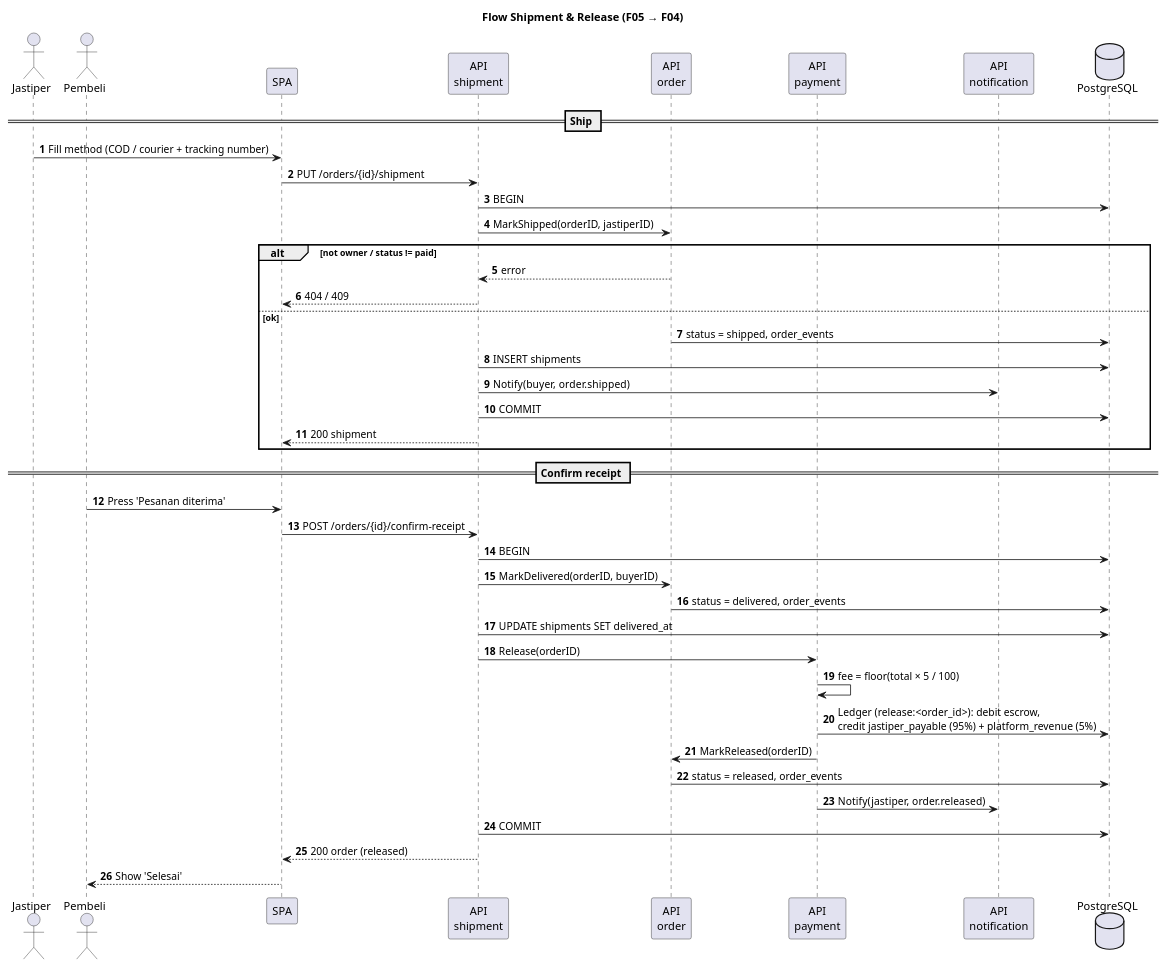
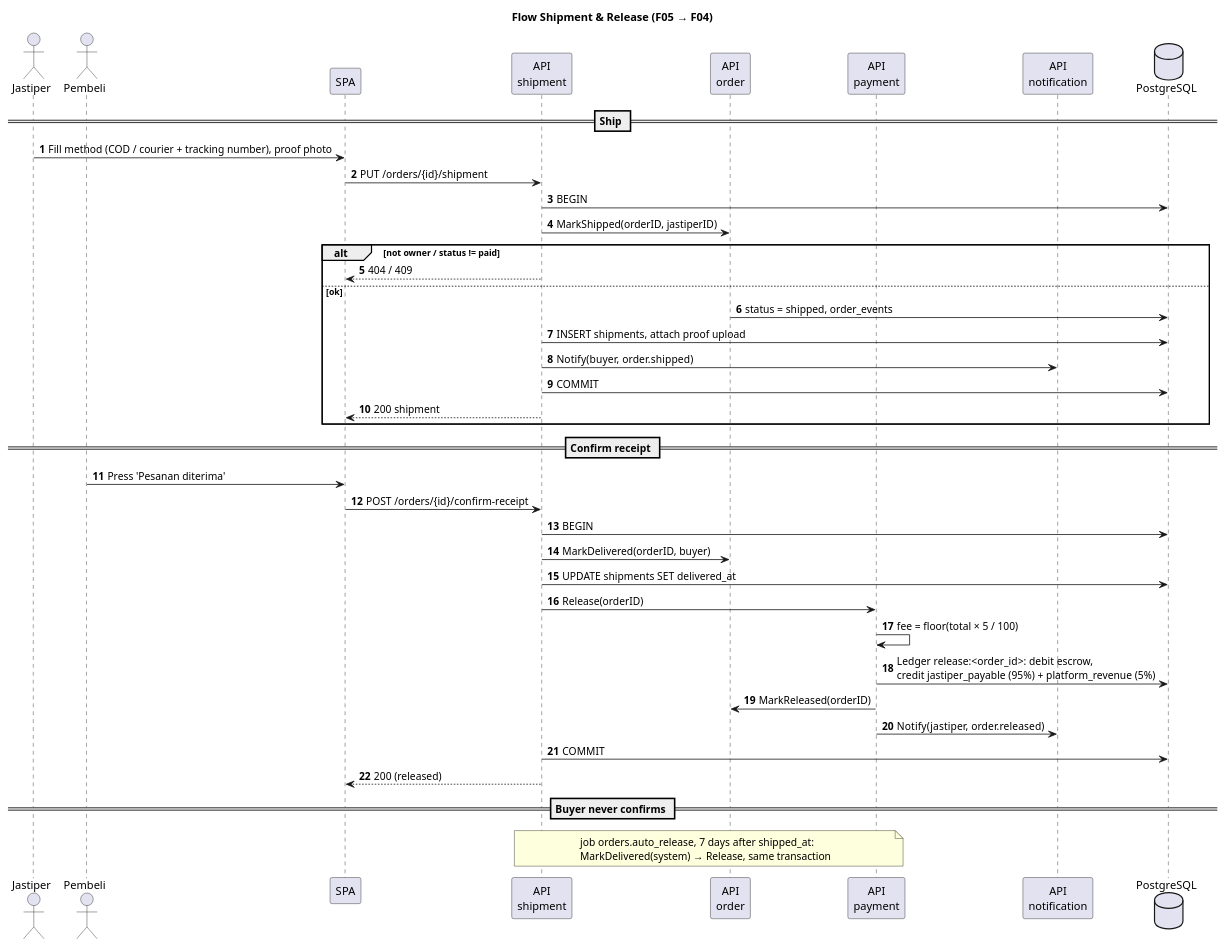
One commit to Titip-Dong/titipdong-be changed the fifth of 8 diagrams in docs/features/README.md. Above: the diagram before and after it, drawn with PlantUML. The commit also changed other lines of this file and 11 other files, not shown here.

````diff
--- a/docs/features/README.md
+++ b/docs/features/README.md
@@ -321,51 +264,50 @@
 ```plantuml
 @startuml shipment-release
 
 title Flow Shipment & Release (F05 → F04)
 
 actor       "Jastiper"          as jas
 actor       "Pembeli"           as buyer
 participant "SPA"               as fe
 participant "API\nshipment"     as ship
 participant "API\norder"        as order
 participant "API\npayment"      as pay
 participant "API\nnotification" as notif
 database    "PostgreSQL"        as db
 
 autonumber
 == Ship ==
-jas -> fe       : Fill method (COD / courier + tracking number)
+jas -> fe       : Fill method (COD / courier + tracking number), proof photo
 fe -> ship      : PUT /orders/{id}/shipment
 ship -> db      : BEGIN
 ship -> order   : MarkShipped(orderID, jastiperID)
 
 alt not owner / status != paid
-    order --> ship  : error
     ship --> fe     : 404 / 409
 else ok
     order -> db     : status = shipped, order_events
-    ship -> db      : INSERT shipments
+    ship -> db      : INSERT shipments, attach proof upload
     ship -> notif   : Notify(buyer, order.shipped)
     ship -> db      : COMMIT
     ship --> fe     : 200 shipment
 end
 
 == Confirm receipt ==
 buyer -> fe     : Press 'Pesanan diterima'
 fe -> ship      : POST /orders/{id}/confirm-receipt
 ship -> db      : BEGIN
-ship -> order   : MarkDelivered(orderID, buyerID)
-order -> db     : status = delivered, order_events
+ship -> order   : MarkDelivered(orderID, buyer)
 ship -> db      : UPDATE shipments SET delivered_at
 ship -> pay     : Release(orderID)
 pay -> pay      : fee = floor(total × 5 / 100)
-pay -> db       : Ledger (release:<order_id>): debit escrow,\ncredit jastiper_payable (95%) + platform_revenue (5%)
+pay -> db       : Ledger release:<order_id>: debit escrow,\ncredit jastiper_payable (95%) + platform_revenue (5%)
 pay -> order    : MarkReleased(orderID)
-order -> db     : status = released, order_events
 pay -> notif    : Notify(jastiper, order.released)
 ship -> db      : COMMIT
-ship --> fe     : 200 order (released)
-fe --> buyer    : Show 'Selesai'
+ship --> fe     : 200 (released)
+
+== Buyer never confirms ==
+note over ship, pay : job orders.auto_release, 7 days after shipped_at:\nMarkDelivered(system) → Release, same transaction
 
 @enduml
 ```
````
